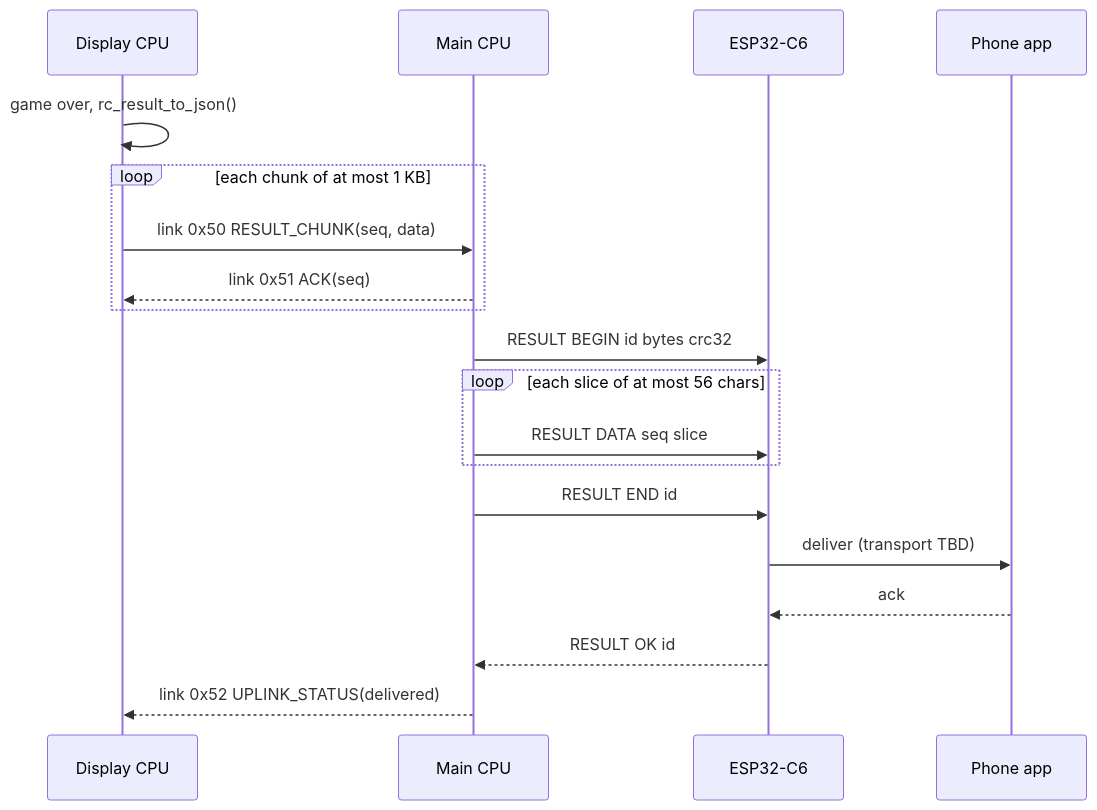
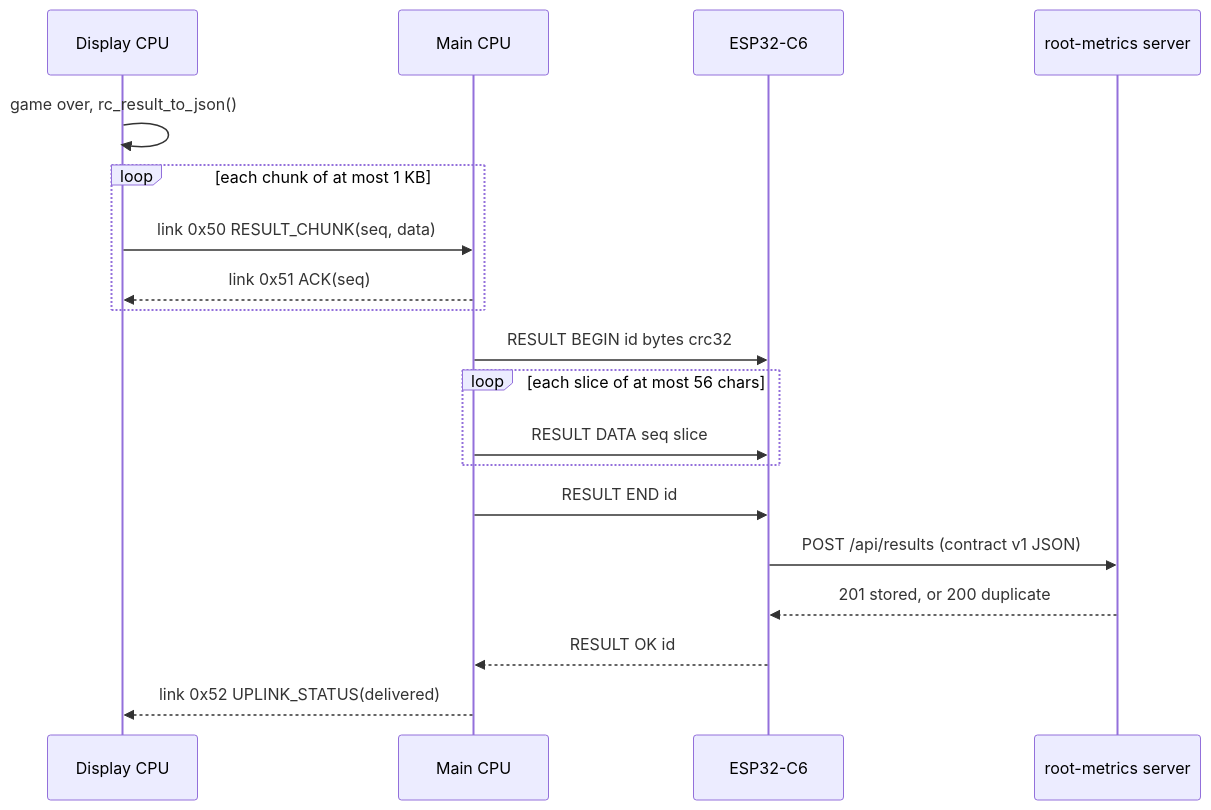
The second of 2 diagrams in documents/04-future-esp32-integration.md (alessandrofelici/hardware-playground), drawn with Mermaid before and after one commit. The commit also changed other lines of this file, not shown here.

First line of the commit message:
docs: choose Wi-Fi HTTP POST as the ESP32 -> app transport

````diff
--- a/documents/04-future-esp32-integration.md
+++ b/documents/04-future-esp32-integration.md
@@ -31,21 +34,21 @@
 ```mermaid
 sequenceDiagram
     participant D as Display CPU
     participant M as Main CPU
     participant C as ESP32-C6
-    participant P as Phone app
+    participant S as root-metrics server
     D->>D: game over, rc_result_to_json()
     loop each chunk of at most 1 KB
         D->>M: link 0x50 RESULT_CHUNK(seq, data)
         M-->>D: link 0x51 ACK(seq)
     end
     M->>C: RESULT BEGIN id bytes crc32
     loop each slice of at most 56 chars
         M->>C: RESULT DATA seq slice
     end
     M->>C: RESULT END id
-    C->>P: deliver (transport TBD)
-    P-->>C: ack
+    C->>S: POST /api/results (contract v1 JSON)
+    S-->>C: 201 stored, or 200 duplicate
     C-->>M: RESULT OK id
     M-->>D: link 0x52 UPLINK_STATUS(delivered)
 ```
````
